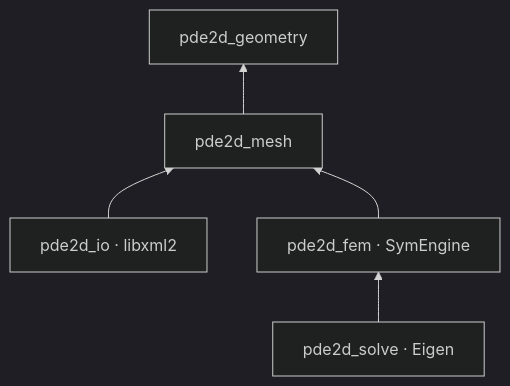
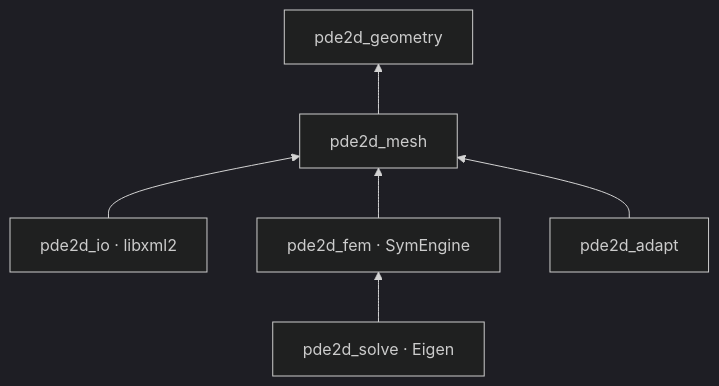
Before and after one commit to dmglushko/2d-pde: the second of 12 diagrams in docs/architecture.md, drawn with Mermaid (dark theme). The commit also changed other lines of this file and 1 other file, not shown here.

First line of the commit message:
Document pde2d_adapt in architecture.md and AGENTS.md

````diff
--- a/docs/architecture.md
+++ b/docs/architecture.md
@@ -117,13 +120,15 @@
 ```mermaid
 flowchart BT
     GEO[pde2d_geometry]
     MESH[pde2d_mesh]
     IO["pde2d_io · libxml2"]
     FEM["pde2d_fem · SymEngine"]
     SOLVE["pde2d_solve · Eigen"]
+    ADAPT[pde2d_adapt]
 
     MESH --> GEO
     IO --> MESH
     FEM --> MESH
     SOLVE --> FEM
+    ADAPT --> MESH
 ```
````
